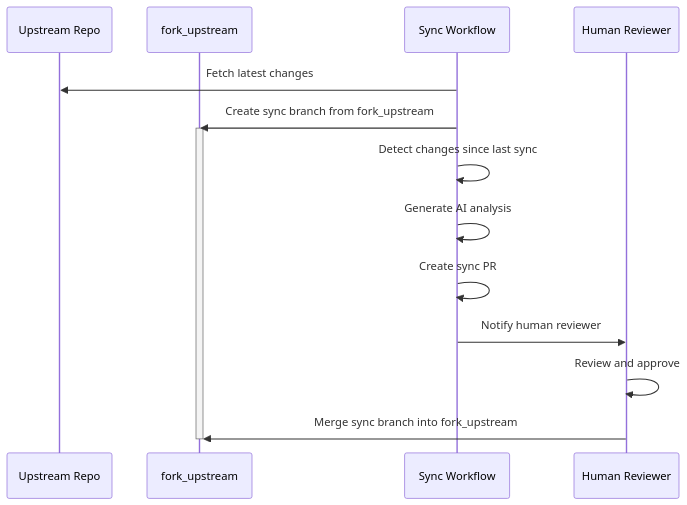
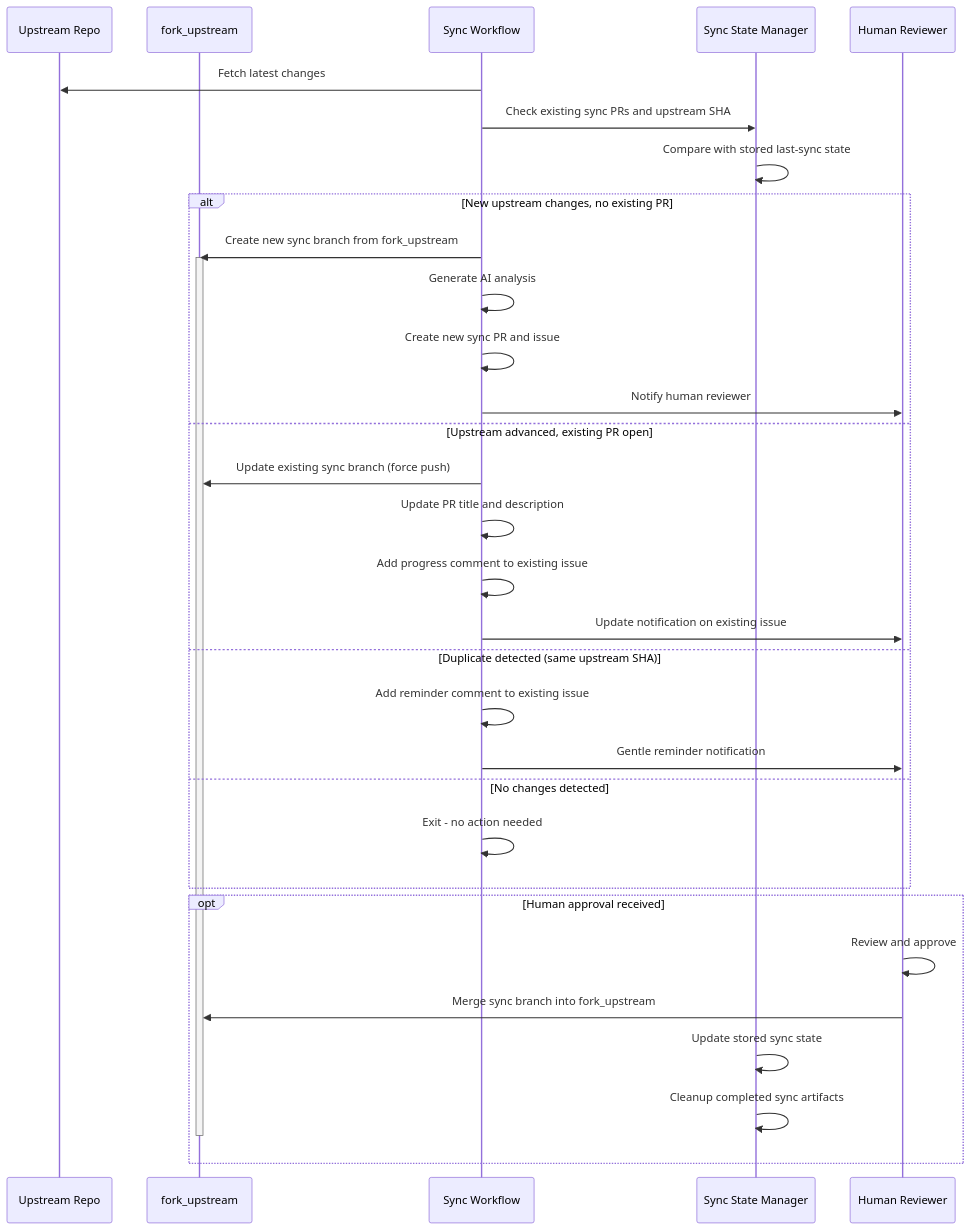
The second of 4 diagrams in doc/src/architecture/three_branch_strategy.md (danielscholl-osdu/osdu-fork-template), drawn with Mermaid before and after one commit. The commit also changed other lines of this file, not shown here.

Commit message:
docs: update three-branch strategy with duplicate prevention architecture
- Update synchronize sequence diagram to include sync state management
- Add duplicate prevention decision logic and workflow paths
- Document sync-state-manager action and state persistence
- Remove marketing tagline for consistent professional style

Related to #184

````diff
--- a/doc/src/architecture/three_branch_strategy.md
+++ b/doc/src/architecture/three_branch_strategy.md
@@ -74,18 +74,38 @@
 ```mermaid
 sequenceDiagram
     participant U as Upstream Repo
     participant FU as fork_upstream
     participant S as Sync Workflow
+    participant SM as Sync State Manager
     participant H as Human Reviewer
     
     S->>U: Fetch latest changes
-    S->>FU: Create sync branch from fork_upstream
-    activate FU
-    S->>S: Detect changes since last sync
-    S->>S: Generate AI analysis
-    S->>S: Create sync PR
-    S->>H: Notify human reviewer
-    H->>H: Review and approve
-    H->>FU: Merge sync branch into fork_upstream
-    deactivate FU
+    S->>SM: Check existing sync PRs and upstream SHA
+    SM->>SM: Compare with stored last-sync state
+    
+    alt New upstream changes, no existing PR
+        S->>FU: Create new sync branch from fork_upstream
+        activate FU
+        S->>S: Generate AI analysis
+        S->>S: Create new sync PR and issue
+        S->>H: Notify human reviewer
+    else Upstream advanced, existing PR open
+        S->>FU: Update existing sync branch (force push)
+        S->>S: Update PR title and description
+        S->>S: Add progress comment to existing issue
+        S->>H: Update notification on existing issue
+    else Duplicate detected (same upstream SHA)
+        S->>S: Add reminder comment to existing issue
+        S->>H: Gentle reminder notification
+    else No changes detected
+        S->>S: Exit - no action needed
+    end
+    
+    opt Human approval received
+        H->>H: Review and approve
+        H->>FU: Merge sync branch into fork_upstream
+        SM->>SM: Update stored sync state
+        SM->>SM: Cleanup completed sync artifacts
+        deactivate FU
+    end
 ```
````
